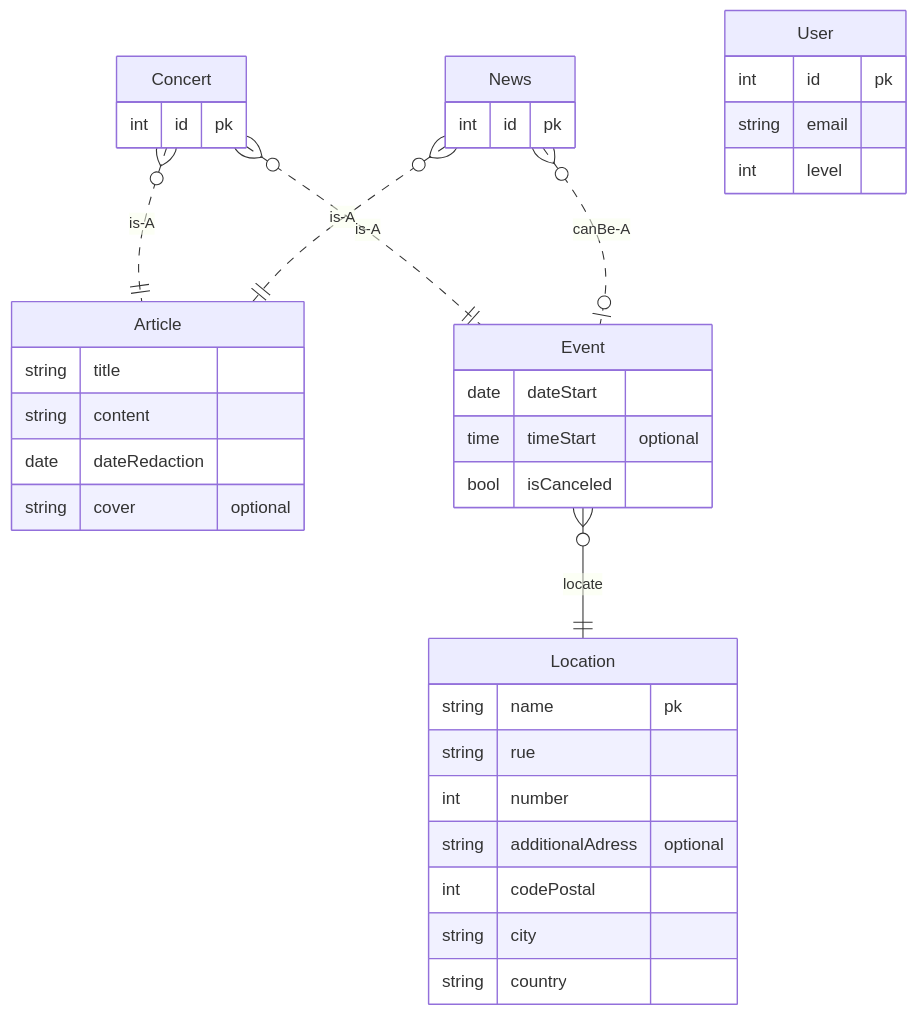
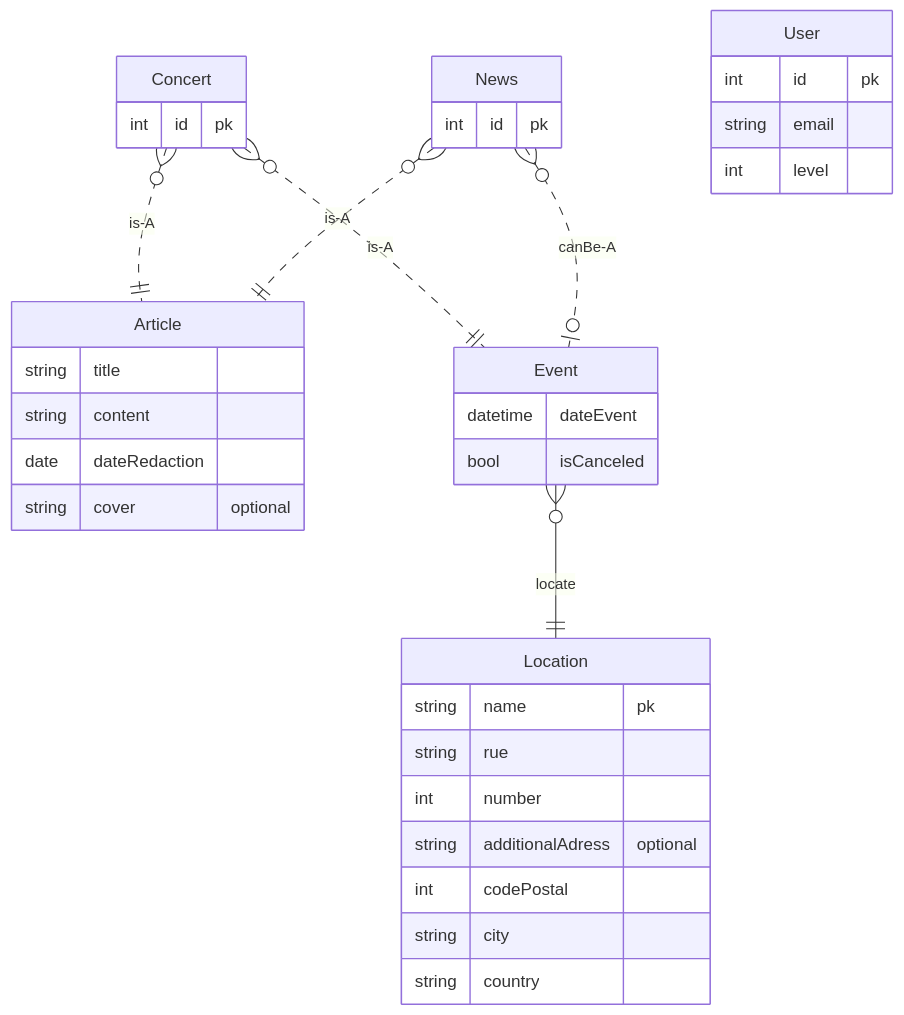
Before and after one commit to JBLNgithub/stockemoise-backend: the second of 2 diagrams in diagrams.md, drawn with Mermaid. The commit also changed 10 other files, not shown here.

````diff
--- a/diagrams.md
+++ b/diagrams.md
@@ -74,47 +74,46 @@
 ```mermaid
 erDiagram
 
         Concert {
             int id "pk"
         }
 
         News {
             int id "pk"
         }
 
         Article {
             string title
             string content
             date dateRedaction
             string cover "optional"
         }
         
         Event {
-            date dateStart
-            time timeStart "optional"
+            datetime dateEvent
             bool isCanceled
         }
 
         Location {
             string name "pk"
             string rue
             int number
             string additionalAdress "optional"
             int codePostal
             string city
             string country
         }
 
         Concert }o..|| Article : is-A
         News }o..|| Article : is-A
         Concert }o..|| Event : is-A
         News }o..o| Event : canBe-A
         Event }o--|| Location : locate
 
         User {
             int id "pk"
             string email
             int level
         }
 
 ```
````
